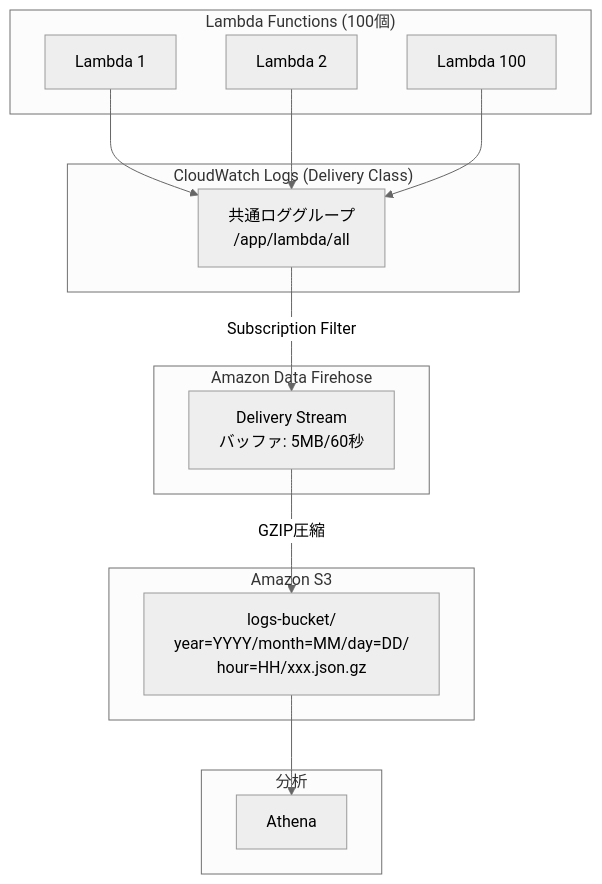
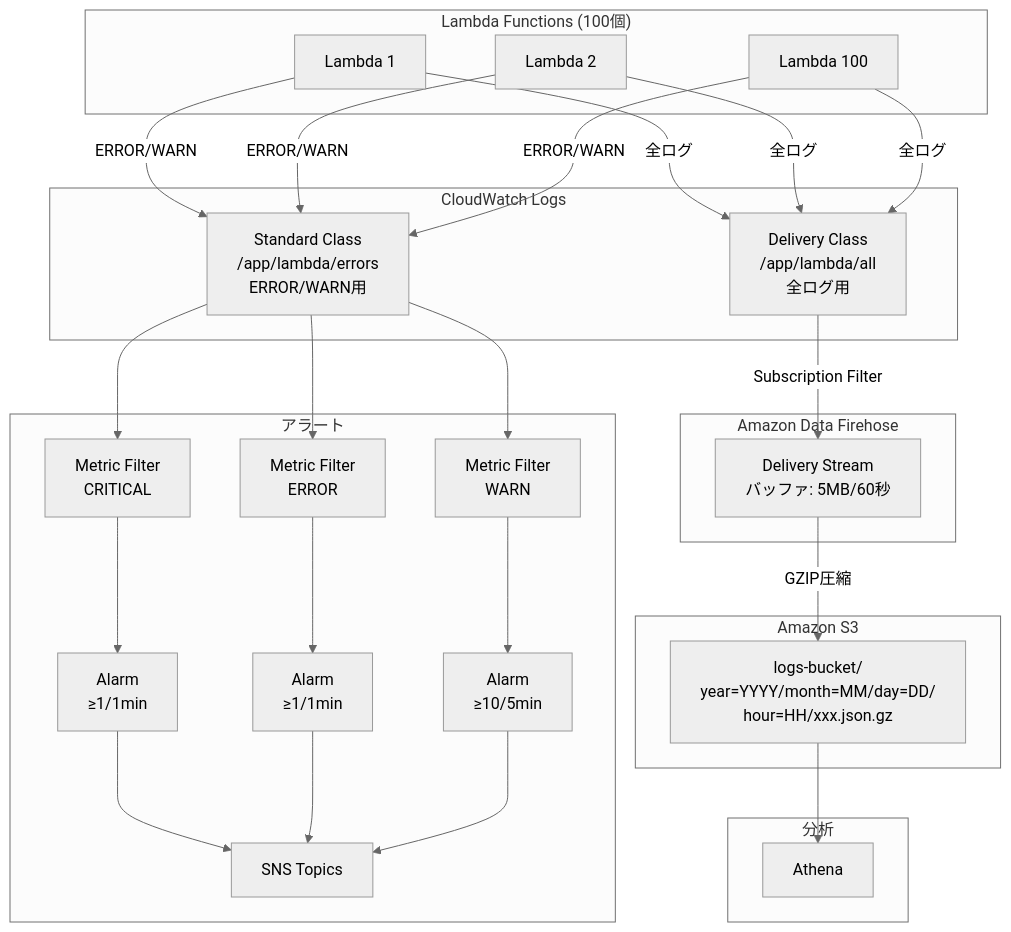
The second of 6 diagrams in Firehose実装パターン検討.md (NagasakaH/lambda-log), drawn with Mermaid (neutral theme) before and after one commit. The commit also changed other lines of this file, not shown here.

````diff
--- a/Firehose実装パターン検討.md
+++ b/Firehose実装パターン検討.md
@@ -48,33 +111,60 @@
 ```mermaid
 flowchart TB
     subgraph Lambdas["Lambda Functions (100個)"]
         L1[Lambda 1]
         L2[Lambda 2]
         L100[Lambda 100]
     end
 
-    subgraph CloudWatch["CloudWatch Logs (Delivery Class)"]
-        LG["共通ロググループ<br/>/app/lambda/all"]
+    subgraph CloudWatch["CloudWatch Logs"]
+        LG_STD["Standard Class<br/>/app/lambda/errors<br/>ERROR/WARN用"]
+        LG_DEL["Delivery Class<br/>/app/lambda/all<br/>全ログ用"]
+    end
+
+    subgraph Alert["アラート"]
+        MF_CRIT["Metric Filter<br/>CRITICAL"]
+        MF_ERR["Metric Filter<br/>ERROR"]
+        MF_WARN["Metric Filter<br/>WARN"]
+        A_CRIT["Alarm<br/>≥1/1min"]
+        A_ERR["Alarm<br/>≥1/1min"]
+        A_WARN["Alarm<br/>≥10/5min"]
+        SNS["SNS Topics"]
     end
 
     subgraph Firehose["Amazon Data Firehose"]
         FH["Delivery Stream<br/>バッファ: 5MB/60秒"]
     end
 
     subgraph S3["Amazon S3"]
         Bucket["logs-bucket/<br/>year=YYYY/month=MM/day=DD/<br/>hour=HH/xxx.json.gz"]
     end
 
     subgraph Analytics["分析"]
         Athena["Athena"]
     end
 
-    L1 --> LG
-    L2 --> LG
-    L100 --> LG
+    L1 -->|ERROR/WARN| LG_STD
+    L2 -->|ERROR/WARN| LG_STD
+    L100 -->|ERROR/WARN| LG_STD
 
-    LG -->|Subscription Filter| FH
+    L1 -->|全ログ| LG_DEL
+    L2 -->|全ログ| LG_DEL
+    L100 -->|全ログ| LG_DEL
+
+    LG_STD --> MF_CRIT
+    LG_STD --> MF_ERR
+    LG_STD --> MF_WARN
+
+    MF_CRIT --> A_CRIT
+    MF_ERR --> A_ERR
+    MF_WARN --> A_WARN
+
+    A_CRIT --> SNS
+    A_ERR --> SNS
+    A_WARN --> SNS
+
+    LG_DEL -->|Subscription Filter| FH
     FH -->|GZIP圧縮| Bucket
 
     Bucket --> Athena
 ```
````
